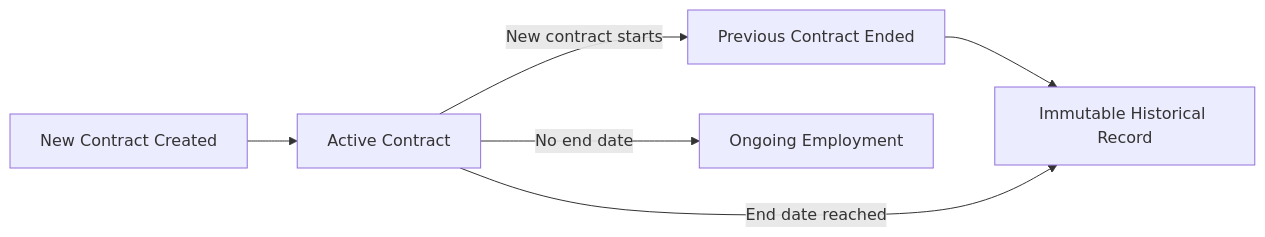
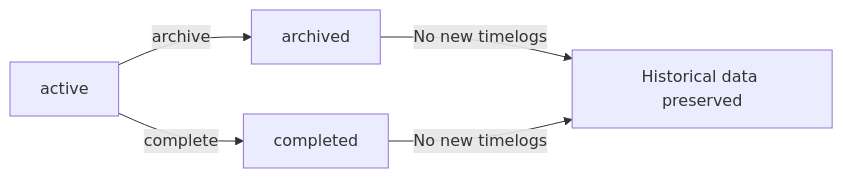
The fourth of 14 diagrams in z-ai/glm-5/erp/docs/analysis/02-domain-model.md (wrtnlabs/autobe-examples), drawn with Mermaid before and after one commit. The commit also changed other lines of this file and 3761 other files, not shown here.

````diff
--- a/z-ai/glm-5/erp/docs/analysis/02-domain-model.md
+++ b/z-ai/glm-5/erp/docs/analysis/02-domain-model.md
@@ -186,8 +258,7 @@
 ```mermaid
 flowchart LR
-    A["New Contract Created"] --> B["Active Contract"]
-    B -->|"New contract starts"| C["Previous Contract Ended"]
-    C --> D["Immutable Historical Record"]
-    B -->|"End date reached"| D
-    B -->|"No end date"| E["Ongoing Employment"]
+    A["active"] -->|"archive"| B["archived"]
+    A -->|"complete"| C["completed"]
+    B -->|"No new timelogs"| D["Historical data preserved"]
+    C -->|"No new timelogs"| D
 ```
````
